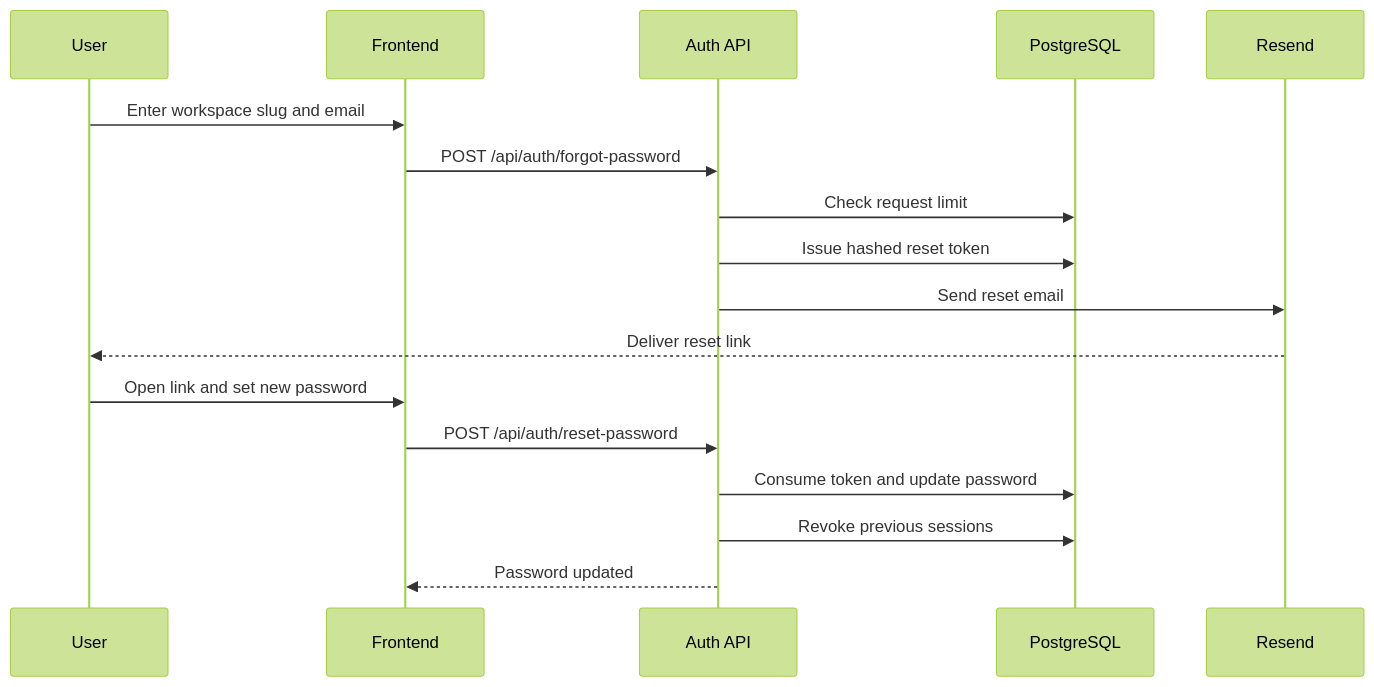
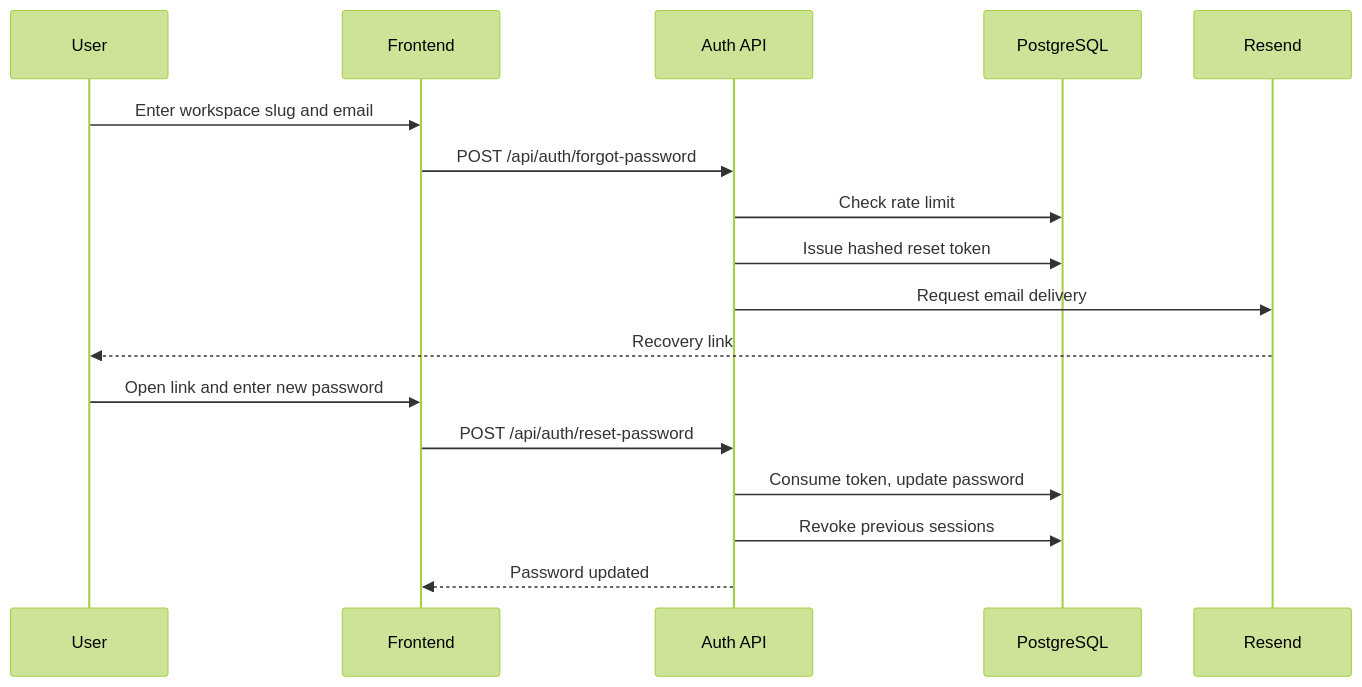
Before and after one commit to foryasith/tenantflow: the third of 3 diagrams in README.md, drawn with Mermaid (forest theme). The commit also changed other lines of this file, not shown here.

````diff
--- a/README.md
+++ b/README.md
@@ -220,19 +220,19 @@
 ```mermaid
 sequenceDiagram
     participant U as User
     participant UI as Frontend
     participant API as Auth API
     participant DB as PostgreSQL
     participant E as Resend
     U->>UI: Enter workspace slug and email
     UI->>API: POST /api/auth/forgot-password
-    API->>DB: Check request limit
+    API->>DB: Check rate limit
     API->>DB: Issue hashed reset token
-    API->>E: Send reset email
-    E-->>U: Deliver reset link
-    U->>UI: Open link and set new password
+    API->>E: Request email delivery
+    E-->>U: Recovery link
+    U->>UI: Open link and enter new password
     UI->>API: POST /api/auth/reset-password
-    API->>DB: Consume token and update password
+    API->>DB: Consume token, update password
     API->>DB: Revoke previous sessions
     API-->>UI: Password updated
 ```
````
